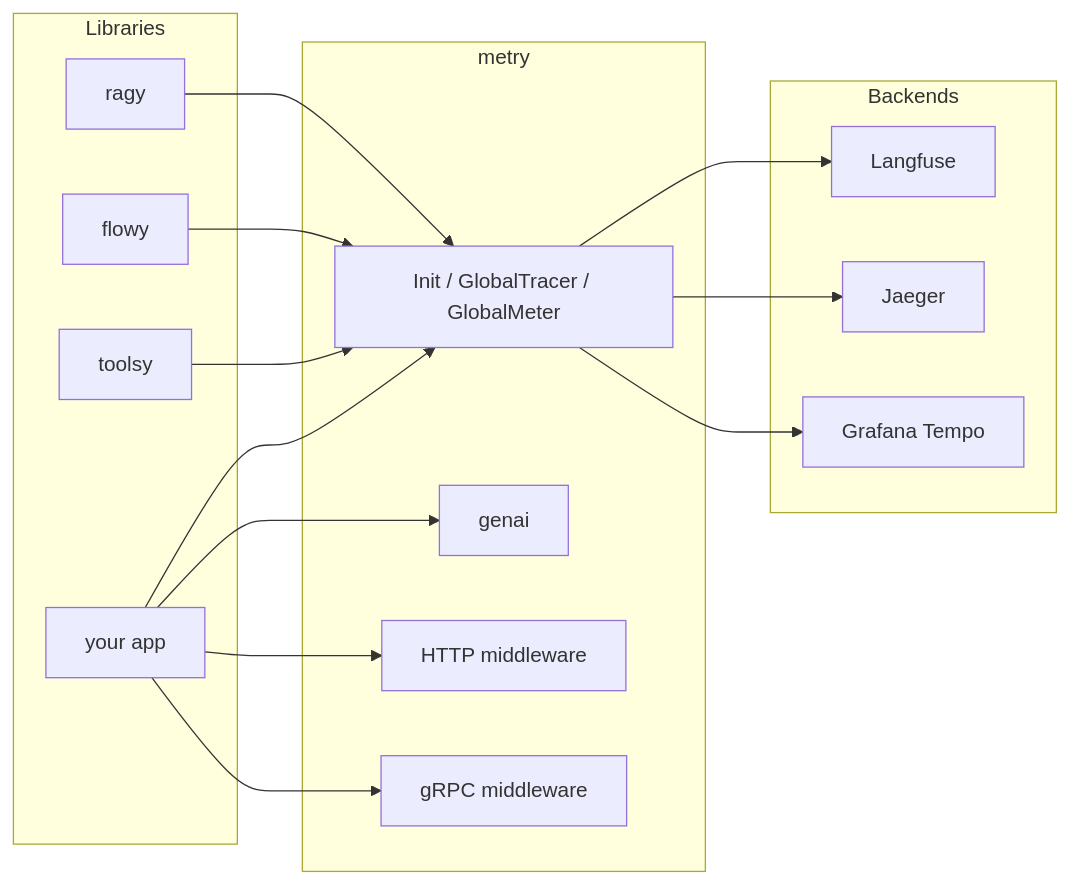
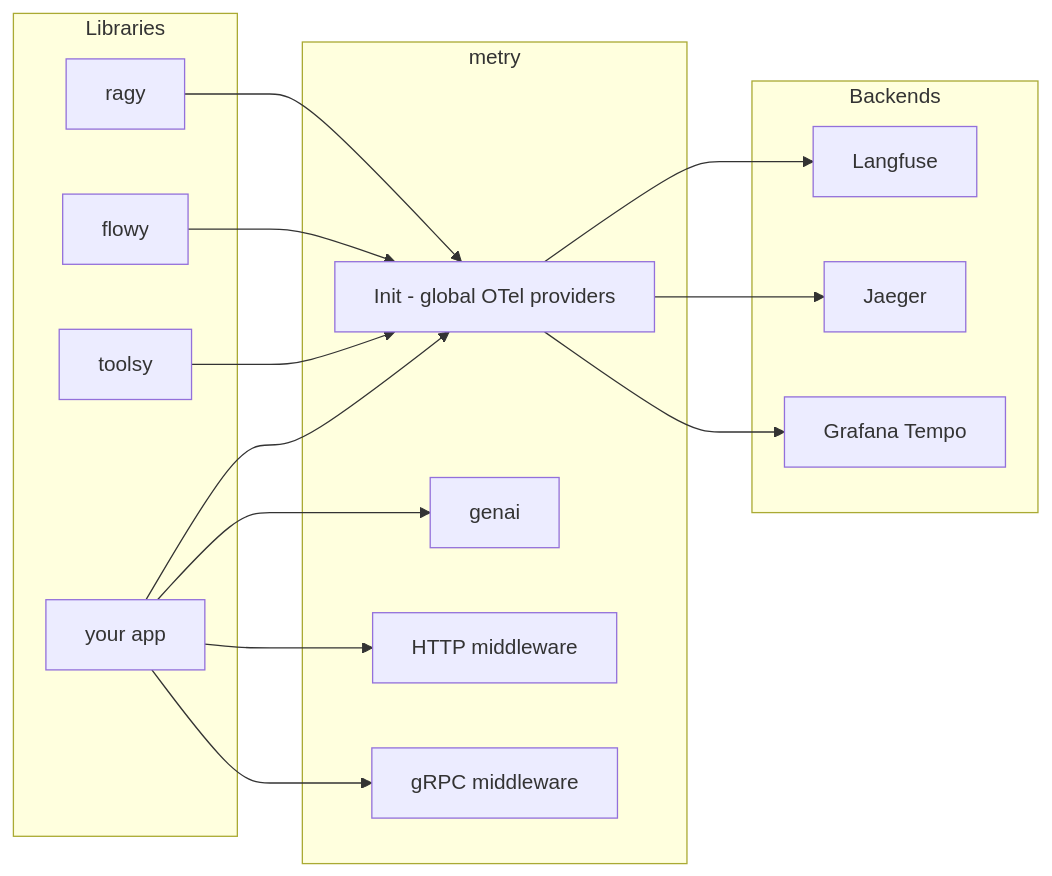
The diagram in README.md (skosovsky/metry), drawn with Mermaid before and after one commit. The commit also changed other lines of this file and 8 other files, not shown here.

````diff
--- a/README.md
+++ b/README.md
@@ -21,33 +21,33 @@
 ```mermaid
 graph LR
   subgraph Libraries
     ragy[ragy]
     flowy[flowy]
     toolsy[toolsy]
     app[your app]
   end
 
   subgraph metryPkg [metry]
-    metryCore[Init / GlobalTracer / GlobalMeter]
+    metryCore[Init - global OTel providers]
     metryGenAI[genai]
     metryHTTP[HTTP middleware]
     metryGRPC[gRPC middleware]
   end
 
   subgraph Backends
     langfuse[Langfuse]
     jaeger[Jaeger]
     tempo[Grafana Tempo]
   end
 
   ragy --> metryCore
   flowy --> metryCore
   toolsy --> metryCore
   app --> metryCore
   app --> metryGenAI
   app --> metryHTTP
   app --> metryGRPC
   metryCore --> langfuse
   metryCore --> jaeger
   metryCore --> tempo
 ```
````
